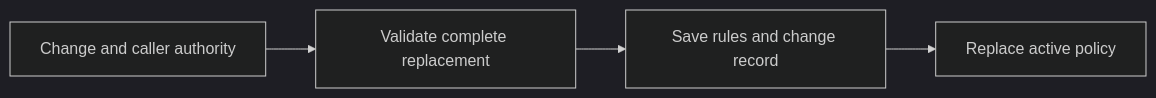
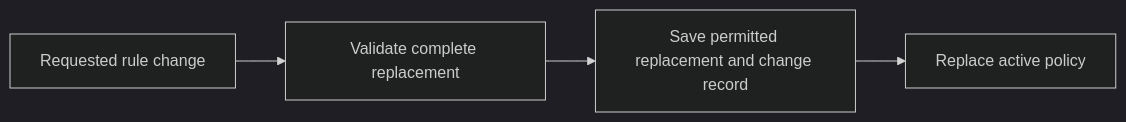
One commit to social-harness/moltzap changed the second of 2 diagrams in packages/social-harness/src/firewall/README.md. Above: the diagram before and after it, drawn with Mermaid (dark theme). The commit also changed other lines of this file and 12 other files, not shown here.

````diff
--- a/packages/social-harness/src/firewall/README.md
+++ b/packages/social-harness/src/firewall/README.md
@@ -41,6 +42,6 @@
 ```mermaid
 flowchart LR
-  A[Change and caller authority] --> B[Validate complete replacement]
-  B --> C[Save rules and change record]
+  A[Requested rule change] --> B[Validate complete replacement]
+  B --> C[Save permitted replacement and change record]
   C --> D[Replace active policy]
 ```
````
